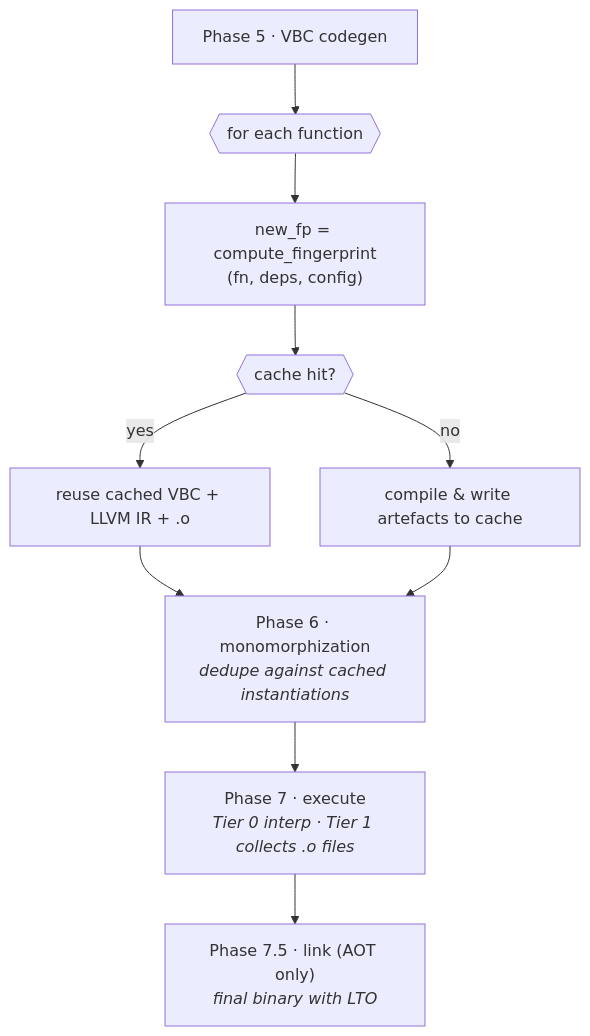
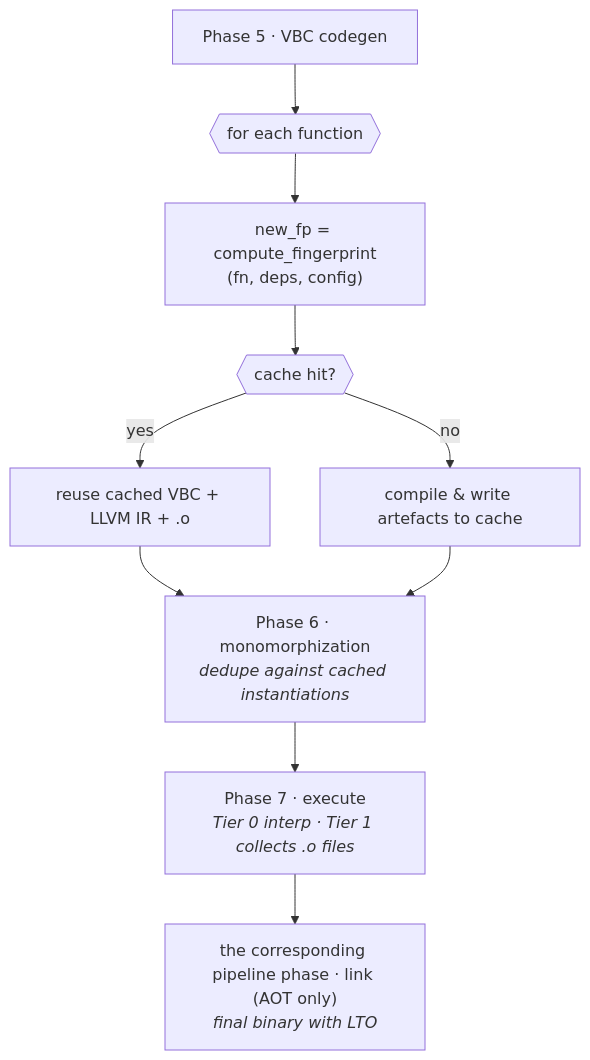
One commit to verum-lang/website changed the diagram in docs/architecture/incremental-compilation.md. Above: the diagram before and after it, drawn with Mermaid. The commit also changed 42 other files, not shown here.

````diff
--- a/docs/architecture/incremental-compilation.md
+++ b/docs/architecture/incremental-compilation.md
@@ -102,19 +102,19 @@
 ```mermaid
 flowchart TD
     P5["Phase 5 · VBC codegen"]
     LOOP{{"for each function"}}
     FP["new_fp = compute_fingerprint<br/>(fn, deps, config)"]
     HIT{{"cache hit?"}}
     REUSE["reuse cached VBC + LLVM IR + .o"]
     BUILD["compile & write artefacts to cache"]
     P6["Phase 6 · monomorphization<br/><i>dedupe against cached instantiations</i>"]
     P7["Phase 7 · execute<br/><i>Tier 0 interp · Tier 1 collects .o files</i>"]
-    P75["Phase 7.5 · link (AOT only)<br/><i>final binary with LTO</i>"]
+    P75["the corresponding pipeline phase · link (AOT only)<br/><i>final binary with LTO</i>"]
 
     P5 --> LOOP --> FP --> HIT
     HIT -- "yes" --> REUSE
     HIT -- "no" --> BUILD
     REUSE --> P6
     BUILD --> P6
     P6 --> P7 --> P75
 ```
````
